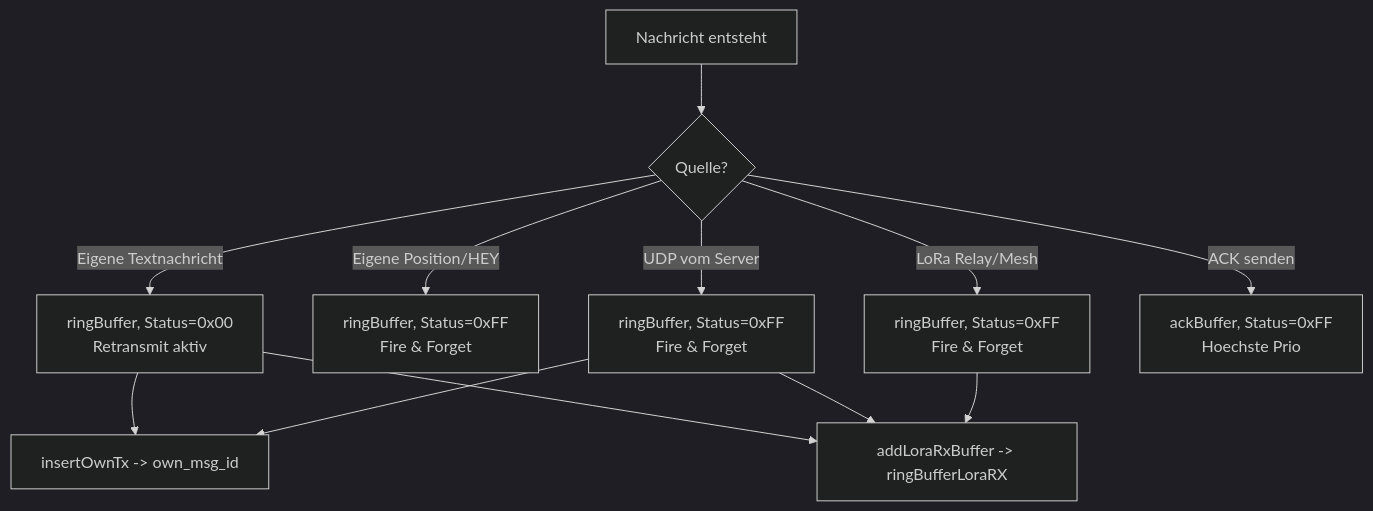
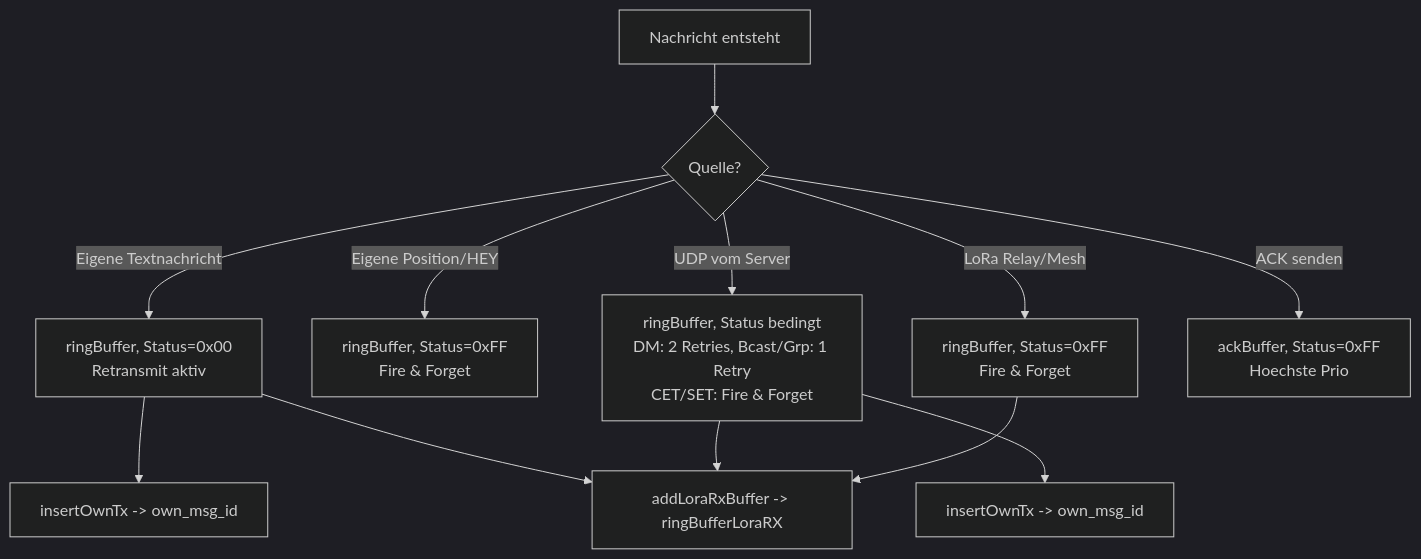
Before and after one commit to DK5EN/MeshCom-Firmware: the first of 7 diagrams in docs/message-design-analysis.md, drawn with Mermaid (dark theme). The commit also changed other lines of this file and 1 other file, not shown here.

````diff
--- a/docs/message-design-analysis.md
+++ b/docs/message-design-analysis.md
@@ -115,17 +115,17 @@
 ```mermaid
 flowchart TD
     A[Nachricht entsteht] --> B{Quelle?}
 
     B -->|Eigene Textnachricht| C[ringBuffer, Status=0x00<br/>Retransmit aktiv]
     B -->|Eigene Position/HEY| D[ringBuffer, Status=0xFF<br/>Fire & Forget]
-    B -->|UDP vom Server| E[ringBuffer, Status=0xFF<br/>Fire & Forget]
+    B -->|UDP vom Server| E[ringBuffer, Status bedingt<br/>DM: 2 Retries, Bcast/Grp: 1 Retry<br/>CET/SET: Fire & Forget]
     B -->|LoRa Relay/Mesh| F[ringBuffer, Status=0xFF<br/>Fire & Forget]
     B -->|ACK senden| G[ackBuffer, Status=0xFF<br/>Hoechste Prio]
 
     C --> H[insertOwnTx -> own_msg_id]
-    E --> H
+    E --> H2[insertOwnTx -> own_msg_id]
 
     C --> I[addLoraRxBuffer -> ringBufferLoraRX]
     E --> I
     F --> I
 ```
````
